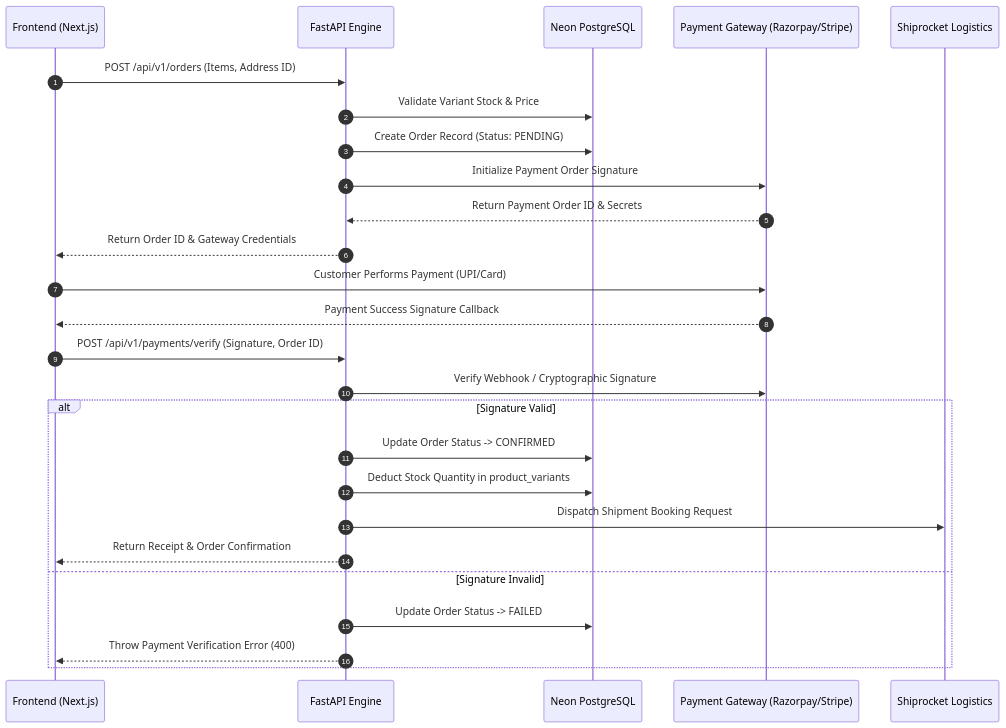
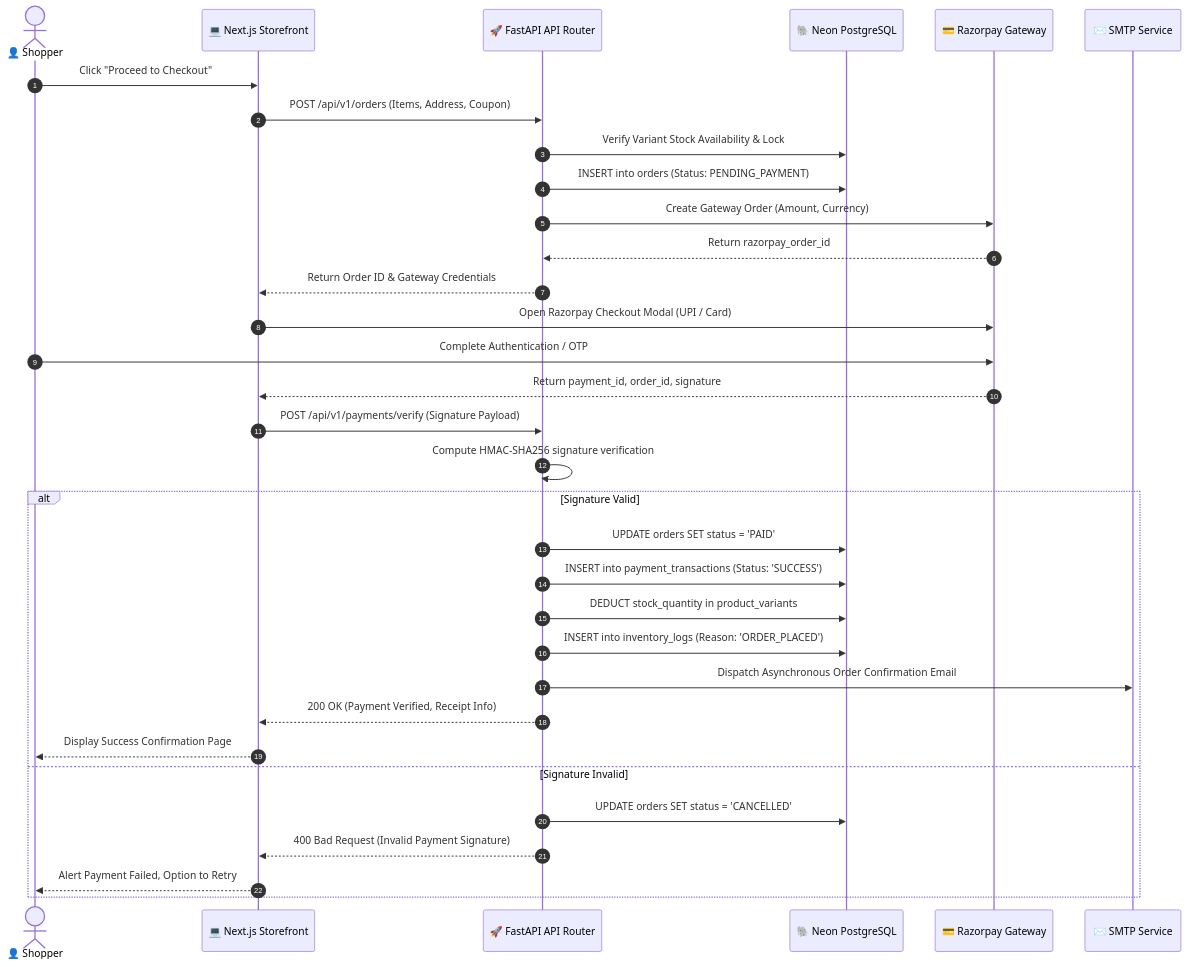
One commit to sachinrawat6264384464/Skipd_shop changed the fourth of 7 diagrams in docs/SDD.md. Above: the diagram before and after it, drawn with Mermaid. The commit also changed other lines of this file and 1 other file, not shown here.

Commit message:
Update master SDD architecture and documentation

````diff
--- a/docs/SDD.md
+++ b/docs/SDD.md
@@ -31,32 +404,39 @@
 ```mermaid
 sequenceDiagram
     autonumber
-    participant Client as Frontend (Next.js)
-    participant API as FastAPI Engine
-    participant DB as Neon PostgreSQL
-    participant Gateway as Payment Gateway (Razorpay/Stripe)
-    participant Ship as Shiprocket Logistics
+    actor Customer as 👤 Shopper
+    participant Store as 💻 Next.js Storefront
+    participant API as 🚀 FastAPI API Router
+    participant DB as 🐘 Neon PostgreSQL
+    participant Razorpay as 💳 Razorpay Gateway
+    participant Mailer as ✉️ SMTP Service
 
-    Client->>API: POST /api/v1/orders (Items, Address ID)
-    API->>DB: Validate Variant Stock & Price
-    API->>DB: Create Order Record (Status: PENDING)
-    API->>Gateway: Initialize Payment Order Signature
-    Gateway-->>API: Return Payment Order ID & Secrets
-    API-->>Client: Return Order ID & Gateway Credentials
+    Customer->>Store: Click "Proceed to Checkout"
+    Store->>API: POST /api/v1/orders (Items, Address, Coupon)
+    API->>DB: Verify Variant Stock Availability & Lock
+    API->>DB: INSERT into orders (Status: PENDING_PAYMENT)
+    API->>Razorpay: Create Gateway Order (Amount, Currency)
+    Razorpay-->>API: Return razorpay_order_id
+    API-->>Store: Return Order ID & Gateway Credentials
     
-    Client->>Gateway: Customer Performs Payment (UPI/Card)
-    Gateway-->>Client: Payment Success Signature Callback
+    Store->>Razorpay: Open Razorpay Checkout Modal (UPI / Card)
+    Customer->>Razorpay: Complete Authentication / OTP
+    Razorpay-->>Store: Return payment_id, order_id, signature
     
-    Client->>API: POST /api/v1/payments/verify (Signature, Order ID)
-    API->>Gateway: Verify Webhook / Cryptographic Signature
+    Store->>API: POST /api/v1/payments/verify (Signature Payload)
+    API->>API: Compute HMAC-SHA256 signature verification
     
     alt Signature Valid
-        API->>DB: Update Order Status -> CONFIRMED
-        API->>DB: Deduct Stock Quantity in product_variants
-        API->>Ship: Dispatch Shipment Booking Request
-        API-->>Client: Return Receipt & Order Confirmation
+        API->>DB: UPDATE orders SET status = 'PAID'
+        API->>DB: INSERT into payment_transactions (Status: 'SUCCESS')
+        API->>DB: DEDUCT stock_quantity in product_variants
+        API->>DB: INSERT into inventory_logs (Reason: 'ORDER_PLACED')
+        API->>Mailer: Dispatch Asynchronous Order Confirmation Email
+        API-->>Store: 200 OK (Payment Verified, Receipt Info)
+        Store-->>Customer: Display Success Confirmation Page
     else Signature Invalid
-        API->>DB: Update Order Status -> FAILED
-        API-->>Client: Throw Payment Verification Error (400)
+        API->>DB: UPDATE orders SET status = 'CANCELLED'
+        API-->>Store: 400 Bad Request (Invalid Payment Signature)
+        Store-->>Customer: Alert Payment Failed, Option to Retry
     end
 ```
````
